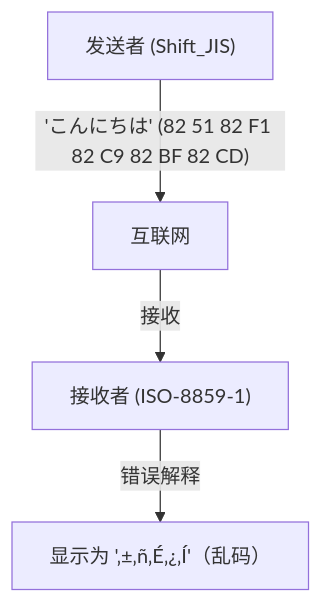
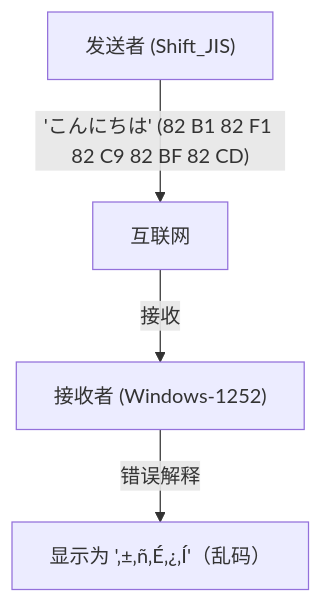
One commit to kenjinote/blog changed the first of 2 diagrams in content/post/history-of-unicode-encoding/index.zh-cn.md. Above: the diagram before and after it, drawn with Mermaid. The commit also changed other lines of this file and 28 other files, not shown here.

````diff
--- a/content/post/history-of-unicode-encoding/index.zh-cn.md
+++ b/content/post/history-of-unicode-encoding/index.zh-cn.md
@@ -34,6 +35,6 @@
 ```mermaid
 graph TD
-    A["发送者 (Shift_JIS)"] -- "'こんにちは' (82 51 82 F1 82 C9 82 BF 82 CD)" --> B["互联网"]
-    B -- "接收" --> C["接收者 (ISO-8859-1)"]
+    A["发送者 (Shift_JIS)"] -- "'こんにちは' (82 B1 82 F1 82 C9 82 BF 82 CD)" --> B["互联网"]
+    B -- "接收" --> C["接收者 (Windows-1252)"]
     C -- "错误解释" --> D["显示为 '‚±‚ñ‚É‚¿‚Í'（乱码）"]
 ```
````
